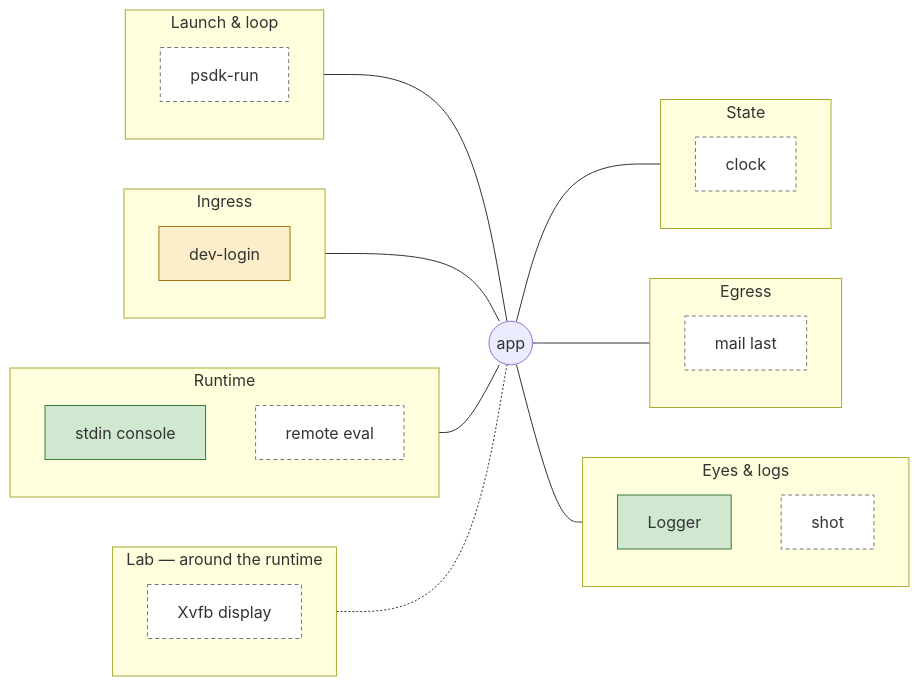
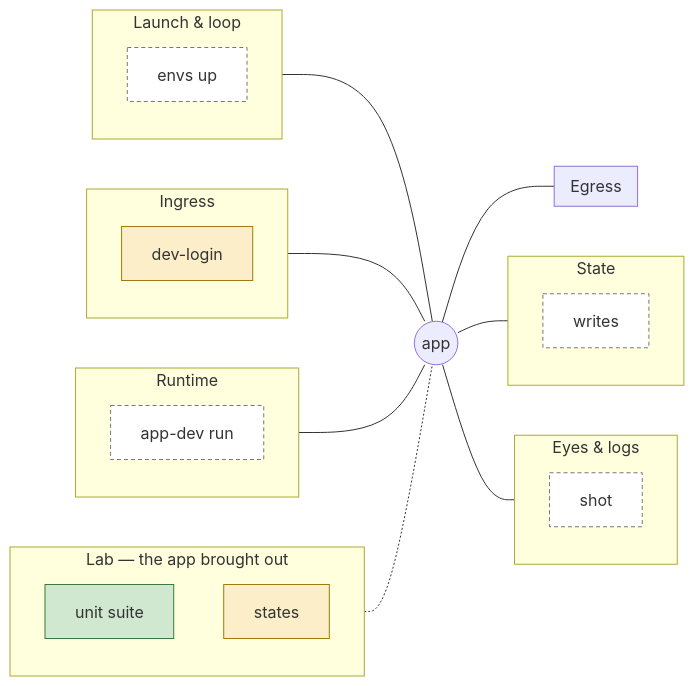
One commit to Scorbutics/agentic-toolsmith changed the second of 2 diagrams in skills/toolsmith/references/map-template.md. Above: the diagram before and after it, drawn with Mermaid. The commit also changed other lines of this file and 19 other files, not shown here.

````diff
--- a/skills/toolsmith/references/map-template.md
+++ b/skills/toolsmith/references/map-template.md
@@ -278,37 +343,35 @@
 ```mermaid
 flowchart LR
   app((app))
   classDef exists fill:#cfe8cf,stroke:#3a7a3a;
   classDef half fill:#fbeec8,stroke:#a07a10;
   classDef missing fill:#ffffff,stroke:#777,stroke-dasharray:4 3;
   subgraph launch[Launch & loop]
-    run[psdk-run]:::missing
+    envs[envs up]:::missing
   end
   subgraph ingress[Ingress]
     login[dev-login]:::half
   end
   subgraph runtime[Runtime]
-    console[stdin console]:::exists
-    eval[remote eval]:::missing
+    run[app-dev run]:::missing
   end
   subgraph state[State]
-    clock[clock]:::missing
+    writes[writes]:::missing
   end
   subgraph egress[Egress]
-    inbox[mail last]:::missing
   end
   subgraph eyes[Eyes & logs]
-    logs[Logger]:::exists
     shot[shot]:::missing
   end
-  subgraph lab[Lab — around the runtime]
-    xvfb[Xvfb display]:::missing
+  subgraph lab[Lab — the app brought out]
+    unit[unit suite]:::exists
+    states[states]:::half
   end
   launch --- app
   ingress --- app
   runtime --- app
   app --- state
   app --- egress
   app --- eyes
   lab -.- app
 ```
````
